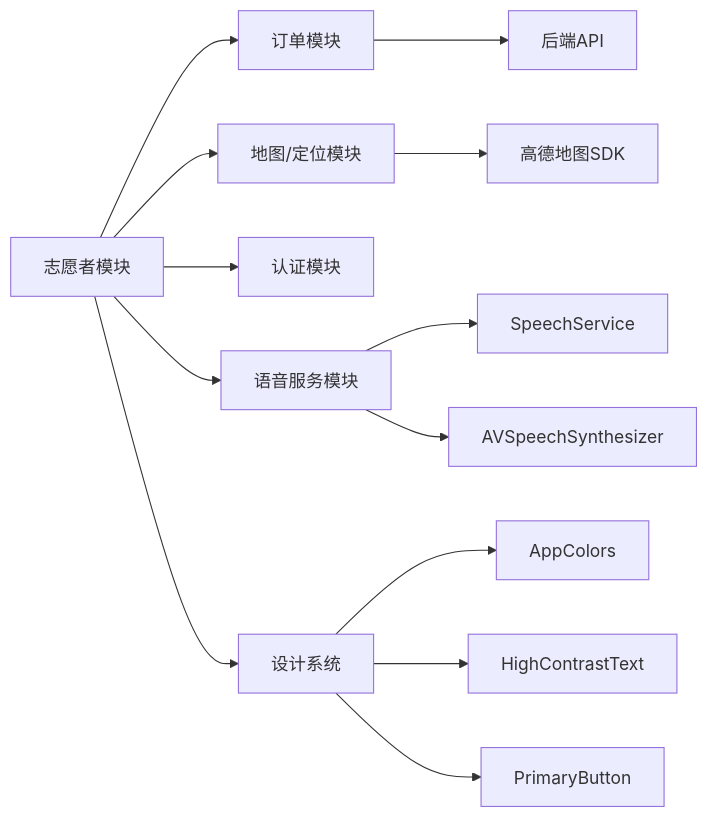
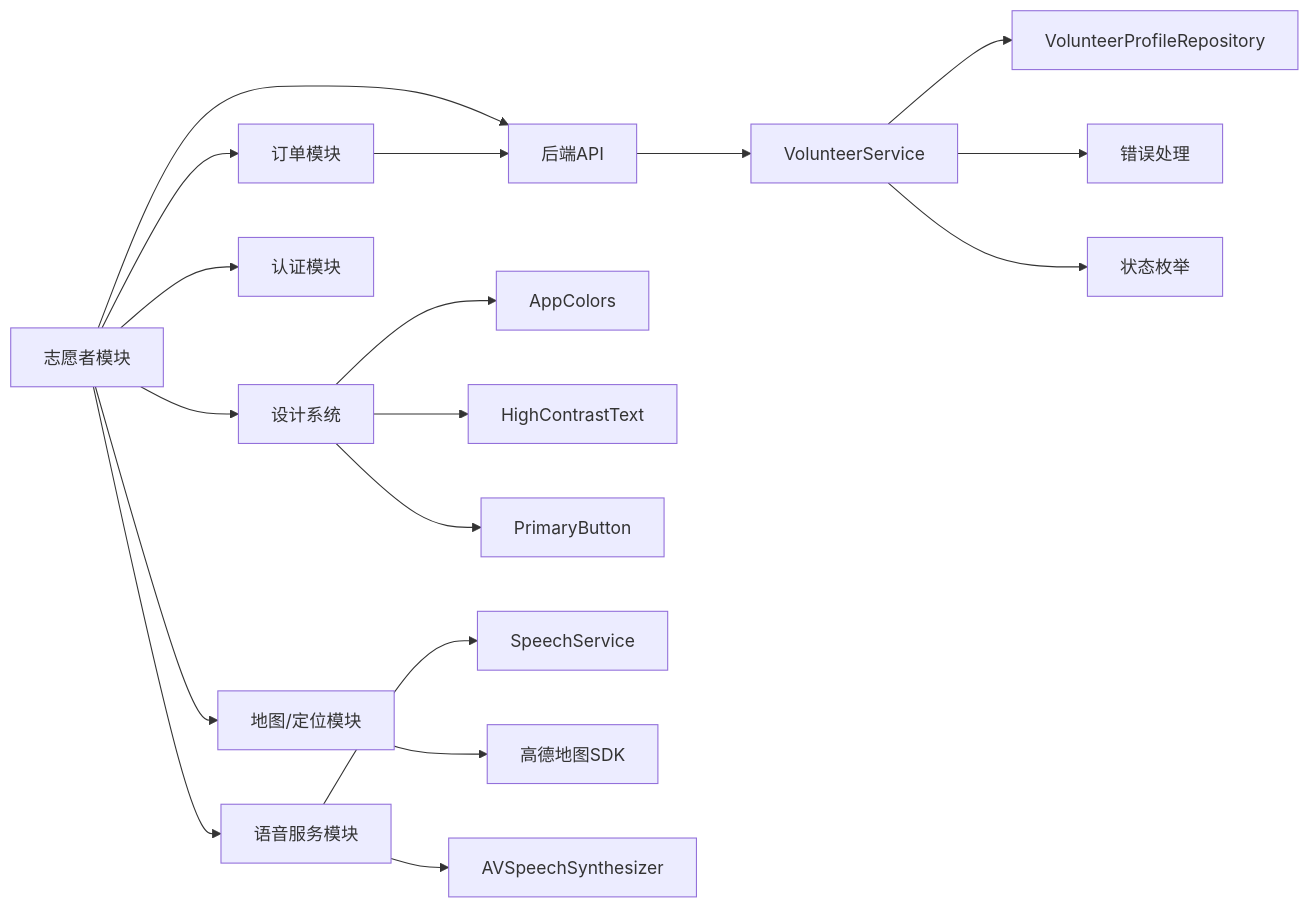
Diagram 12 of 12 in .qoder/repowiki/zh/content/架构设计/模块化架构设计/Volunteer 志愿者模块.md (Jayden23018/blind-run-ios), drawn with Mermaid before and after one commit. The commit also changed other lines of this file and 13 other files, not shown here.

Commit message:
Fix volunteer profile flow and acceptance guards

````diff
--- a/.qoder/repowiki/zh/content/架构设计/模块化架构设计/Volunteer 志愿者模块.md
+++ b/.qoder/repowiki/zh/content/架构设计/模块化架构设计/Volunteer 志愿者模块.md
@@ -422,15 +566,20 @@
 ```mermaid
 graph LR
 VOL["志愿者模块"] --> ORD["订单模块"]
 VOL --> MAP["地图/定位模块"]
 VOL --> AUTH["认证模块"]
 VOL --> VOICE["语音服务模块"]
 VOL --> DESIGN["设计系统"]
+VOL --> API["后端API"]
+API --> SERVICE["VolunteerService"]
+SERVICE --> REPO["VolunteerProfileRepository"]
+SERVICE --> ERROR["错误处理"]
+SERVICE --> ENUM["状态枚举"]
 DESIGN --> COLORS["AppColors"]
 DESIGN --> TEXT["HighContrastText"]
 DESIGN --> BUTTON["PrimaryButton"]
 VOICE --> SPEECH["SpeechService"]
-ORD --> API["后端API"]
+ORD --> API
 MAP --> AMap["高德地图SDK"]
 VOICE --> TTS["AVSpeechSynthesizer"]
 ```
````
